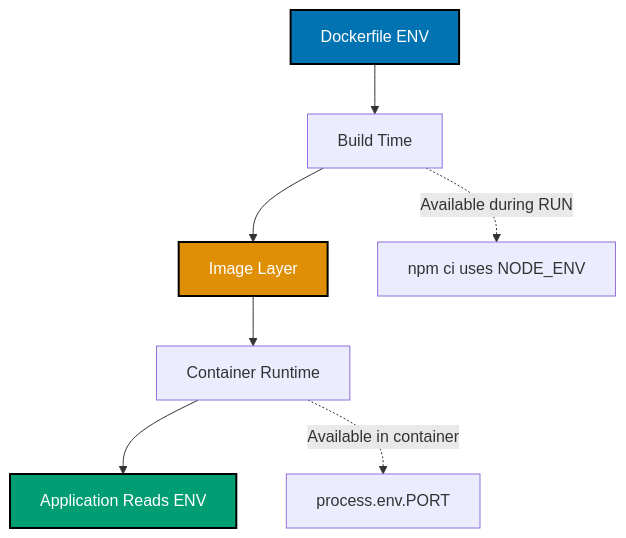
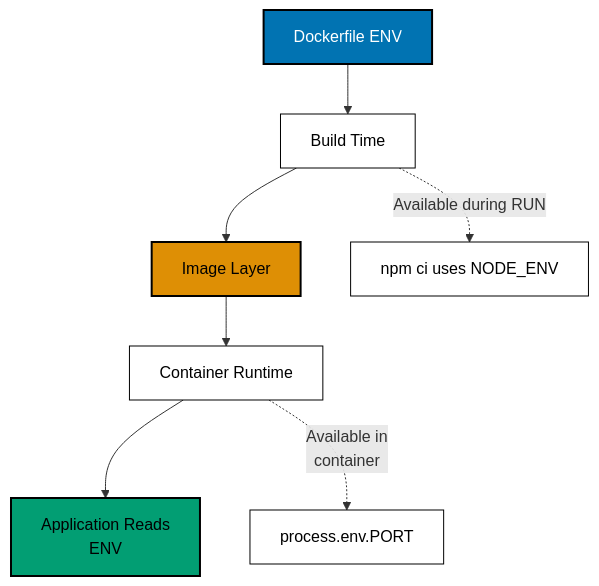
Before and after one commit to wahidyankf/ose-public: the second of 8 diagrams in apps/ayokoding-www/content/en/learn/legacy/software-engineering/infrastructure/tools/docker/by-example/beginner.md, drawn with Mermaid. The commit also changed other lines of this file and 131 other files, not shown here.

First line of the commit message:
fix(mermaid): bring the legacy data, infrastructure, and testing diagrams onto the accessible palette

````diff
--- a/apps/ayokoding-www/content/en/learn/legacy/software-engineering/infrastructure/tools/docker/by-example/beginner.md
+++ b/apps/ayokoding-www/content/en/learn/legacy/software-engineering/infrastructure/tools/docker/by-example/beginner.md
@@ -358,15 +364,21 @@
 ```mermaid
 %% Color Palette: Blue #0173B2, Orange #DE8F05, Teal #029E73, Purple #CC78BC, Brown #CA9161
 graph TD
+ accTitle: Example 6: ENV for Runtime Variables
+ accDescr: Graph with 7 nodes and 6 connections. Nodes: Dockerfile ENV, Build Time, Image Layer, Container Runtime, Application Reads ENV, npm ci uses NODE_ENV, process.env.PORT. Connections: Dockerfile ENV to Build Time, Build Time to Image Layer, Image Layer to Container Runtime, Container Runtime to Application Reads ENV, Build Time to npm ci uses NODE_ENV (Available during RUN), Container Runtime to process.env.PORT (Available in container).
  A["Dockerfile ENV"] --> B["Build Time"]
  B --> C["Image Layer"]
  C --> D["Container Runtime"]
- D --> E["Application Reads ENV"]
+ D --> E["Application Reads<br/>ENV"]
 
  B -.->|Available during RUN| F["npm ci uses NODE_ENV"]
- D -.->|Available in container| G["process.env.PORT"]
+ D -.->|Available in<br/>container| G["process.env.PORT"]
 
- style A fill:#0173B2,stroke:#000000,stroke-width:2px,color:#fff
- style C fill:#DE8F05,stroke:#000000,stroke-width:2px,color:#fff
- style E fill:#029E73,stroke:#000000,stroke-width:2px,color:#fff
+ classDef pal-0173B2 fill:#0173B2,stroke:#000000,color:#FFFFFF,stroke-width:2px
+ class A pal-0173B2
+ classDef pal-DE8F05 fill:#DE8F05,stroke:#000000,color:#000000,stroke-width:2px
+ class C pal-DE8F05
+ classDef pal-029E73 fill:#029E73,stroke:#000000,color:#000000,stroke-width:2px
+ class E pal-029E73
+ classDef default fill:#FFFFFF,stroke:#000000,color:#000000
 ```
````
